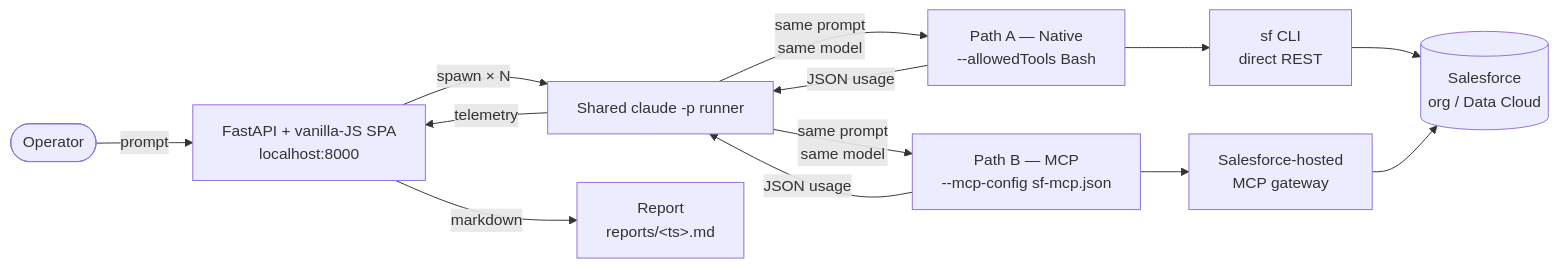
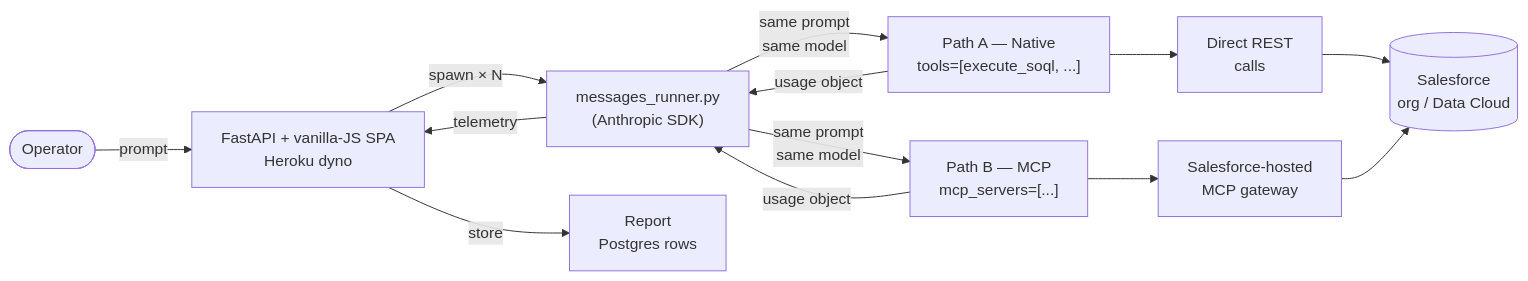
Before and after one commit to josers18/Token-Comparison-Tool: the first of 2 diagrams in README.md, drawn with Mermaid. The commit also changed other lines of this file, not shown here.

First line of the commit message:
docs: heroku-first README

````diff
--- a/README.md
+++ b/README.md
@@ -109,23 +95,23 @@
 ```mermaid
 flowchart LR
     User([Operator])
-    UI[FastAPI + vanilla-JS SPA<br/>localhost:8000]
-    Runner["Shared claude -p runner"]
-    Native["Path A — Native<br/>--allowedTools Bash"]
-    MCP["Path B — MCP<br/>--mcp-config sf-mcp.json"]
-    SfCli["sf CLI<br/>direct REST"]
+    UI[FastAPI + vanilla-JS SPA<br/>Heroku dyno]
+    Runner["messages_runner.py<br/>(Anthropic SDK)"]
+    Native["Path A — Native<br/>tools=[execute_soql, ...]"]
+    MCP["Path B — MCP<br/>mcp_servers=[...]"]
+    SfRest["Direct REST<br/>calls"]
     SfMcp["Salesforce-hosted<br/>MCP gateway"]
     Org[(Salesforce<br/>org / Data Cloud)]
-    Report["Report<br/>reports/&lt;ts&gt;.md"]
+    Report["Report<br/>Postgres rows"]
 
     User -->|prompt| UI
     UI -->|spawn × N| Runner
     Runner -->|same prompt<br/>same model| Native
     Runner -->|same prompt<br/>same model| MCP
-    Native --> SfCli --> Org
+    Native --> SfRest --> Org
     MCP --> SfMcp --> Org
-    Native -->|JSON usage| Runner
-    MCP -->|JSON usage| Runner
+    Native -->|usage object| Runner
+    MCP -->|usage object| Runner
     Runner -->|telemetry| UI
-    UI -->|markdown| Report
+    UI -->|store| Report
 ```
````
